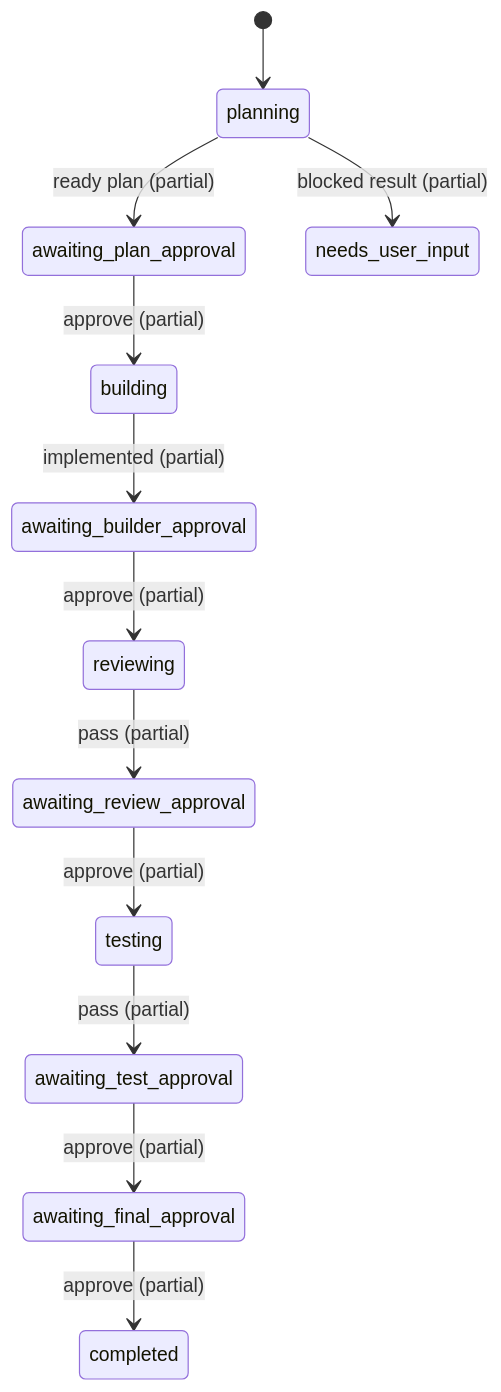
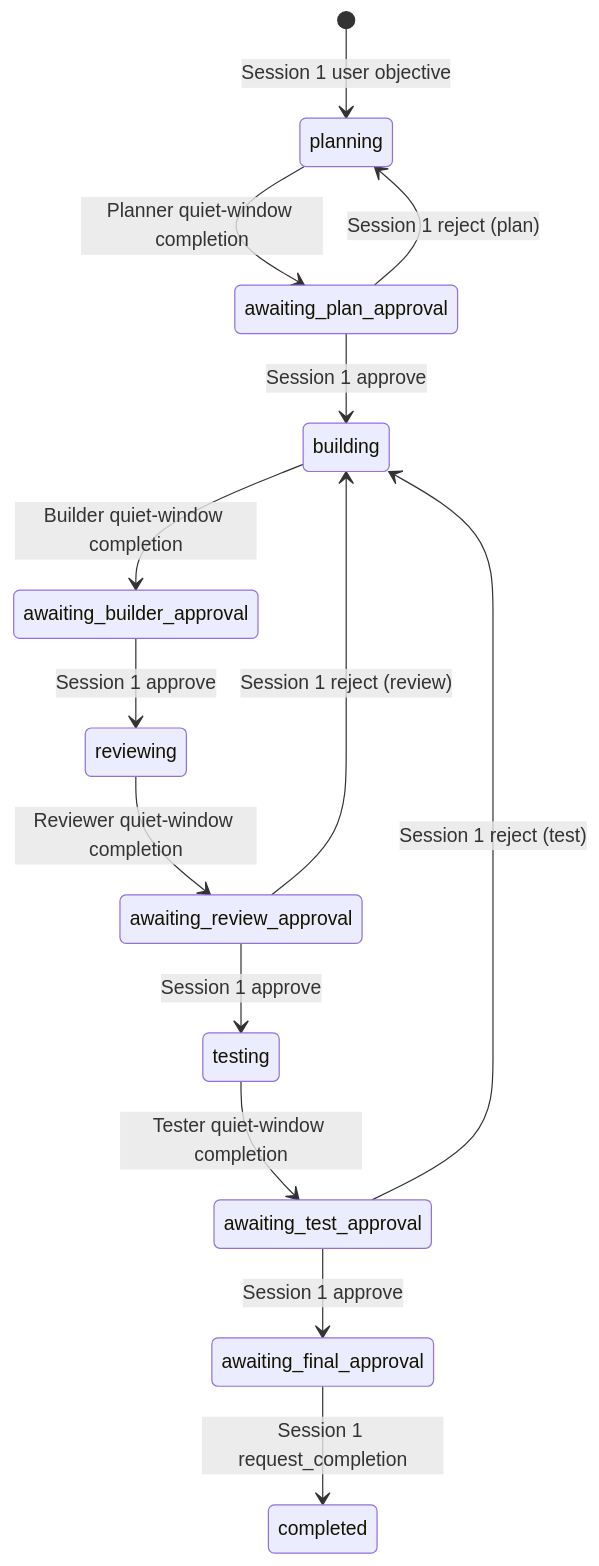
The second of 2 diagrams in docs/architecture.md (michaelchamboko/orca), drawn with Mermaid before and after one commit. The commit also changed other lines of this file and 7 other files, not shown here.

````diff
--- a/docs/architecture.md
+++ b/docs/architecture.md
@@ -96,14 +119,16 @@
 ```mermaid
 stateDiagram-v2
-  [*] --> planning
-  planning --> awaiting_plan_approval: ready plan (partial)
-  awaiting_plan_approval --> building: approve (partial)
-  building --> awaiting_builder_approval: implemented (partial)
-  awaiting_builder_approval --> reviewing: approve (partial)
-  reviewing --> awaiting_review_approval: pass (partial)
-  awaiting_review_approval --> testing: approve (partial)
-  testing --> awaiting_test_approval: pass (partial)
-  awaiting_test_approval --> awaiting_final_approval: approve (partial)
-  awaiting_final_approval --> completed: approve (partial)
-  planning --> needs_user_input: blocked result (partial)
+  [*] --> planning: Session 1 user objective
+  planning --> awaiting_plan_approval: Planner quiet-window completion
+  awaiting_plan_approval --> building: Session 1 approve
+  building --> awaiting_builder_approval: Builder quiet-window completion
+  awaiting_builder_approval --> reviewing: Session 1 approve
+  reviewing --> awaiting_review_approval: Reviewer quiet-window completion
+  awaiting_review_approval --> testing: Session 1 approve
+  testing --> awaiting_test_approval: Tester quiet-window completion
+  awaiting_test_approval --> awaiting_final_approval: Session 1 approve
+  awaiting_final_approval --> completed: Session 1 request_completion
+  awaiting_plan_approval --> planning: Session 1 reject (plan)
+  awaiting_review_approval --> building: Session 1 reject (review)
+  awaiting_test_approval --> building: Session 1 reject (test)
 ```
````
